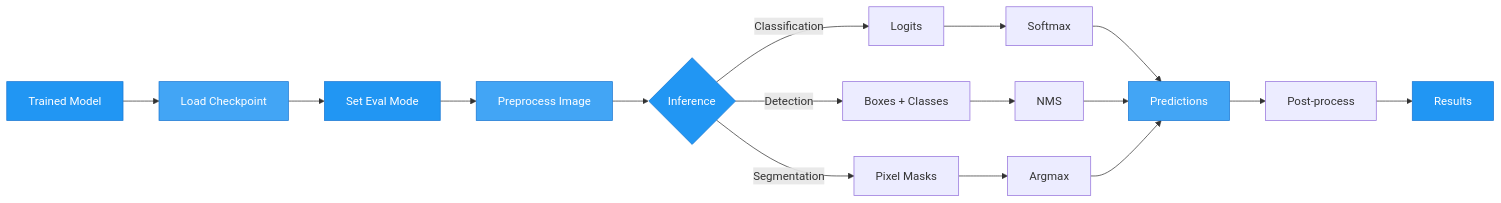
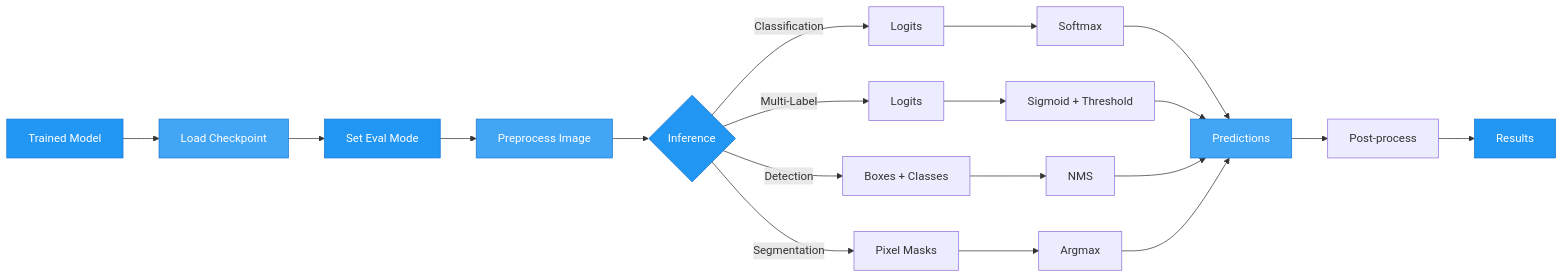
The diagram in docs/user-guide/inference/index.md (theja-vanka/AutoTimm), drawn with Mermaid before and after one commit. The commit also changed other lines of this file and 23 other files, not shown here.

Commit message:
add: support for multi-label

````diff
--- a/docs/user-guide/inference/index.md
+++ b/docs/user-guide/inference/index.md
@@ -7,30 +7,33 @@
 ```mermaid
 graph LR
     A[Trained Model] --> B[Load Checkpoint]
     B --> C[Set Eval Mode]
     C --> D[Preprocess Image]
     D --> E{Inference}
     
     E -->|Classification| F1[Logits]
+    E -->|Multi-Label| F4[Logits]
     E -->|Detection| F2[Boxes + Classes]
     E -->|Segmentation| F3[Pixel Masks]
-    
+
     F1 --> G1[Softmax]
+    F4 --> G4[Sigmoid + Threshold]
     F2 --> G2[NMS]
     F3 --> G3[Argmax]
     
     G1 --> H[Predictions]
+    G4 --> H
     G2 --> H
     G3 --> H
     
     H --> I[Post-process]
     I --> J[Results]
     
     style A fill:#2196F3,stroke:#1976D2,color:#fff
     style B fill:#42A5F5,stroke:#1976D2,color:#fff
     style C fill:#2196F3,stroke:#1976D2,color:#fff
     style D fill:#42A5F5,stroke:#1976D2,color:#fff
     style E fill:#2196F3,stroke:#1976D2,color:#fff
     style H fill:#42A5F5,stroke:#1976D2,color:#fff
     style J fill:#2196F3,stroke:#1976D2,color:#fff
 ```
````
